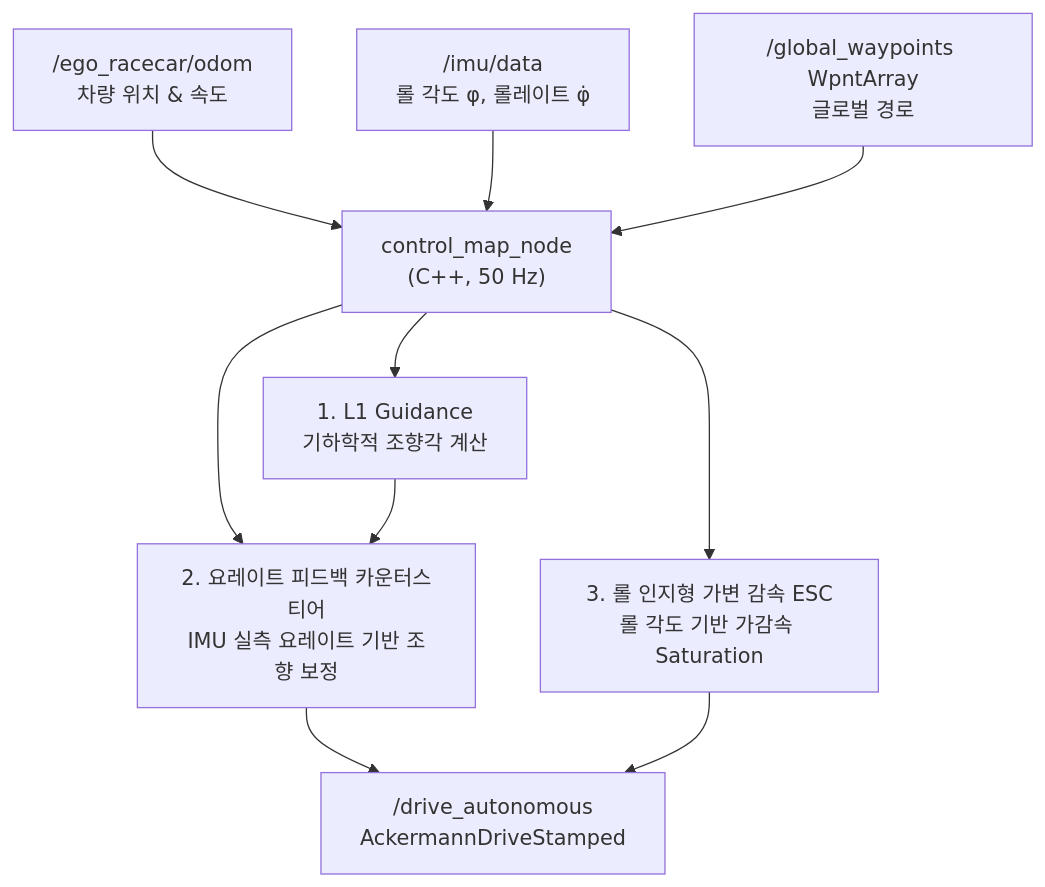
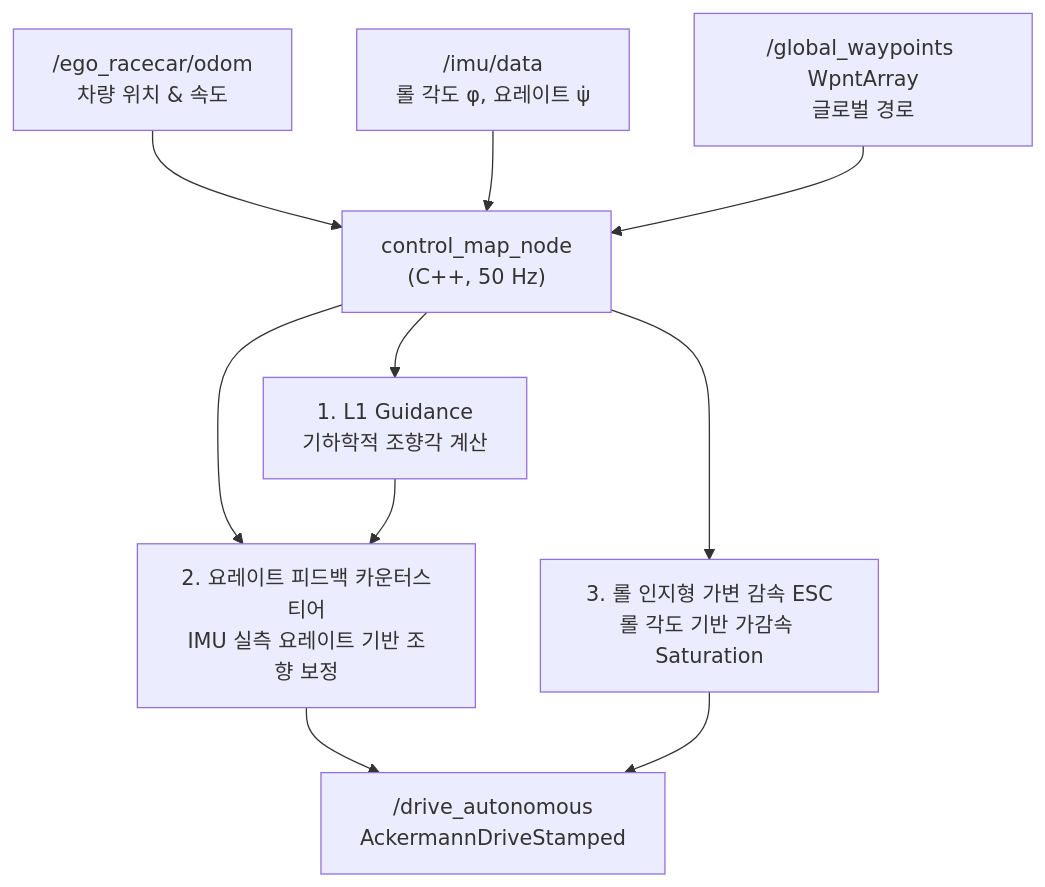
Before and after one commit to tenmeneat/F1-tenth_control: the diagram in CLAUDE.md, drawn with Mermaid. The commit also changed other lines of this file and 5 other files, not shown here.

````diff
--- a/CLAUDE.md
+++ b/CLAUDE.md
@@ -226,26 +227,26 @@
 ```mermaid
 graph TD
     SubOdom["/ego_racecar/odom<br>차량 위치 & 속도"]
-    SubIMU["/imu/data<br>롤 각도 φ, 롤레이트 φ̇"]
+    SubIMU["/imu/data<br>롤 각도 φ, 요레이트 ψ̇"]
     Waypoints["/global_waypoints WpntArray<br>글로벌 경로"]
 
     Controller["control_map_node<br>(C++, 50 Hz)"]
 
     SubL1["1. L1 Guidance<br>기하학적 조향각 계산"]
     SubYawRate["2. 요레이트 피드백 카운터스티어<br>IMU 실측 요레이트 기반 조향 보정"]
     SubESC["3. 롤 인지형 가변 감속 ESC<br>롤 각도 기반 가감속 Saturation"]
 
     PubDrive["/drive_autonomous<br>AckermannDriveStamped"]
 
     SubOdom --> Controller
     SubIMU --> Controller
     Waypoints --> Controller
 
     Controller --> SubL1
     Controller --> SubYawRate
     Controller --> SubESC
 
     SubL1 --> SubYawRate
     SubYawRate --> PubDrive
     SubESC --> PubDrive
 ```
````
